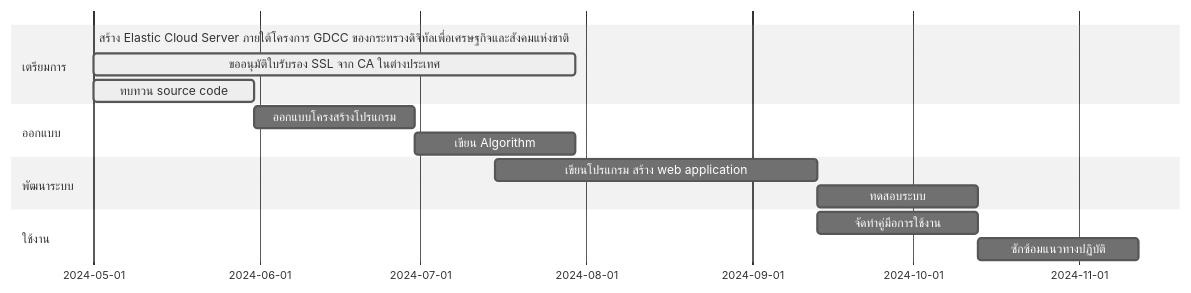
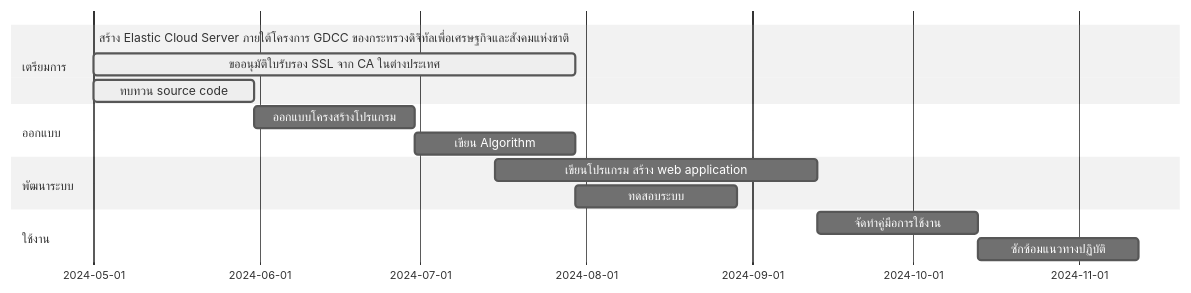
The first of 2 diagrams in README.md (Kietpawpan/e-tracking), drawn with Mermaid (neutral theme) before and after one commit.

````diff
--- a/README.md
+++ b/README.md
@@ -10,18 +10,18 @@
 ```mermaid
 gantt
     section เตรียมการ
     สร้าง Elastic Cloud Server ภายใต้โครงการ GDCC ของกระทรวงดิจิทัลเพื่อเศรษฐกิจและสังคมแห่งชาติ :done,    des1, 2024-05-01,2024-05-30
     ขออนุมัติใบรับรอง SSL จาก CA ในต่างประเทศ        :active, des2, after des1, 90d
     ทบทวน source code  :   active, des3, after des1, 30d
     section ออกแบบ
     ออกแบบโครงสร้างโปรแกรม  :         des4, after des3, 30d
     เขียน Algorithm:   des4a, after des4, 30d
     section พัฒนาระบบ
     เขียนโปรแกรม สร้าง web application  :         des7, 2024-07-15, 60d
-    ทดสอบระบบ:des7a, after des7, 30d
+    ทดสอบระบบ:des7a, 2024-07-30, 30d
    section ใช้งาน
     จัดทำคู่มือการใช้งาน   :         des8, after des7, 30d
     ซักซ้อมแนวทางปฏิบัติ   :         des9, after des8, 30d
 
 
 ```
````
